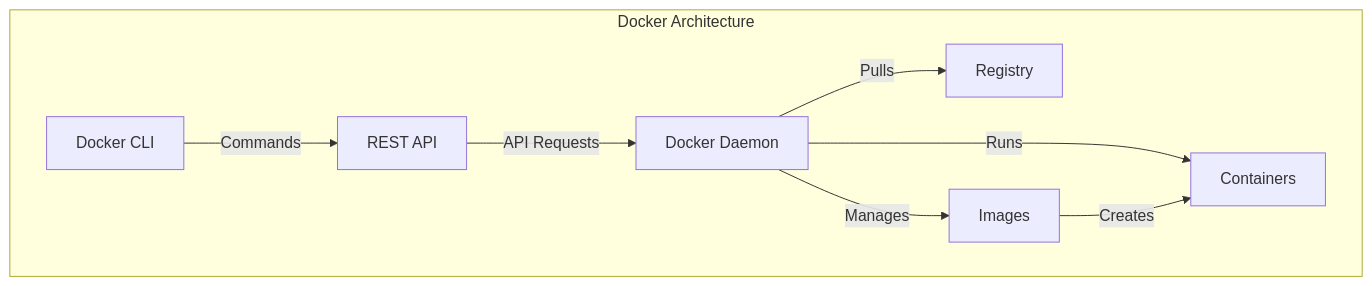
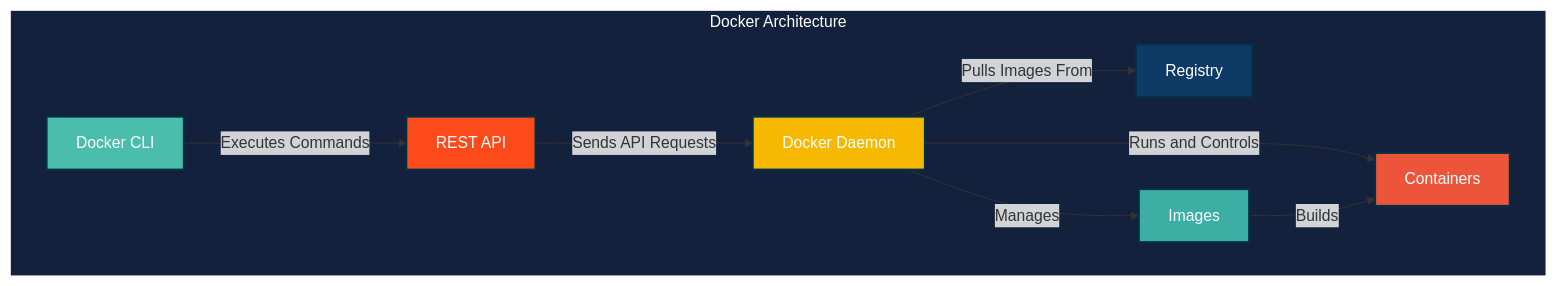
One commit to ashishjangde/Docker changed the second of 4 diagrams in README.md. Above: the diagram before and after it, drawn with Mermaid. The commit also changed other lines of this file and 1 other file, not shown here.

Commit message:
fixed the graphs

````diff
--- a/README.md
+++ b/README.md
@@ -75,18 +76,30 @@
 ```mermaid
 graph TB
-    subgraph "Docker Architecture"
-        CLI[Docker CLI]
-        REST[REST API]
-        DAEMON[Docker Daemon]
-        REG[Registry]
-        IMG[Images]
-        CON[Containers]
-        
-        CLI -->|Commands| REST
-        REST -->|API Requests| DAEMON
-        DAEMON -->|Pulls| REG
-        DAEMON -->|Manages| IMG
-        DAEMON -->|Runs| CON
-        IMG -->|Creates| CON
-    end
+%% Styling the subgraph and nodes
+   style CLI fill:#4ABDAC,stroke:#023047,stroke-width:2px,color:white,fontsize:16px
+   style REST fill:#FC4A1A,stroke:#023047,stroke-width:2px,color:white,fontsize:16px
+   style DAEMON fill:#F7B801,stroke:#023047,stroke-width:2px,color:white,fontsize:16px
+   style REG fill:#0D3B66,stroke:#023047,stroke-width:2px,color:white,fontsize:16px
+   style IMG fill:#3CAEA3,stroke:#023047,stroke-width:2px,color:white,fontsize:16px
+   style CON fill:#ED553B,stroke:#023047,stroke-width:2px,color:white,fontsize:16px
+   style Docker_Architecture fill:#14213D,stroke:#FFFFFF,stroke-width:2px,color:white,fontsize:18px
+
+%% Defining the subgraph for clarity
+   subgraph Docker_Architecture["Docker Architecture"]
+      CLI[Docker CLI]
+      REST[REST API]
+      DAEMON[Docker Daemon]
+      REG[Registry]
+      IMG[Images]
+      CON[Containers]
+
+   %% Flow connections with labels for better understanding
+      CLI -->|Executes Commands| REST
+      REST -->|Sends API Requests| DAEMON
+      DAEMON -->|Pulls Images From| REG
+      DAEMON -->|Manages| IMG
+      DAEMON -->|Runs and Controls| CON
+      IMG -->|Builds| CON
+   end
+
 ```
````
